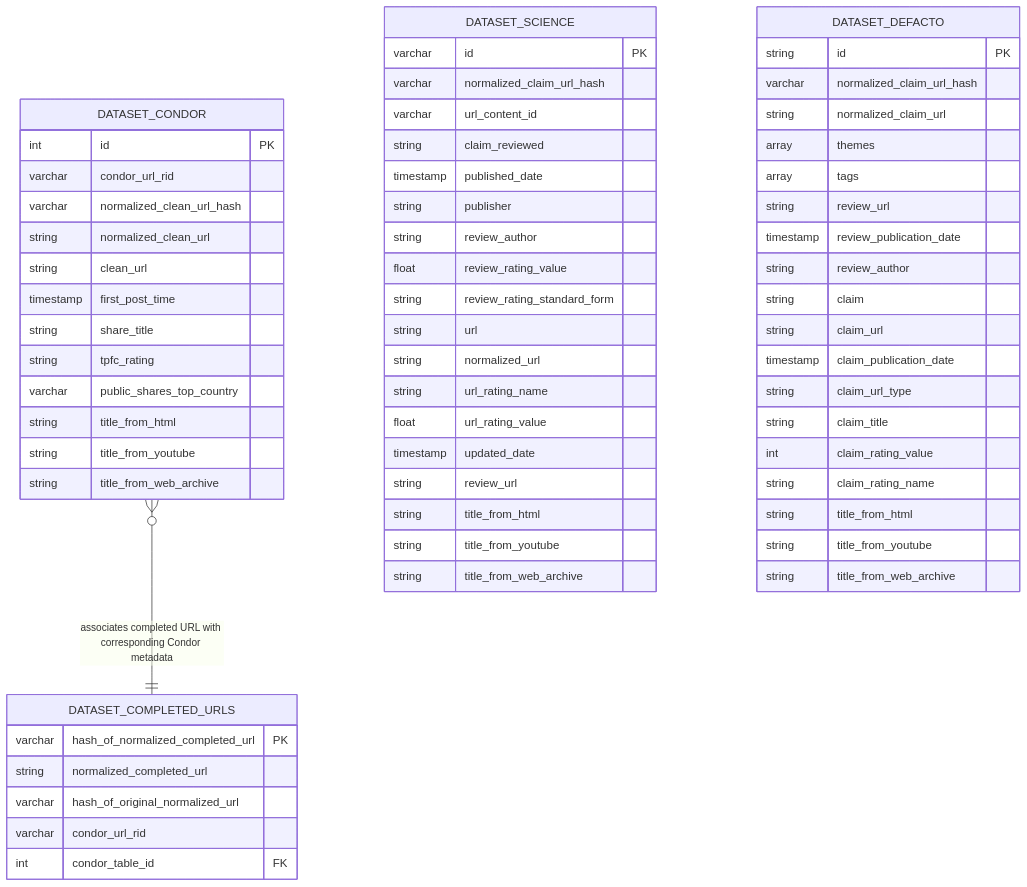
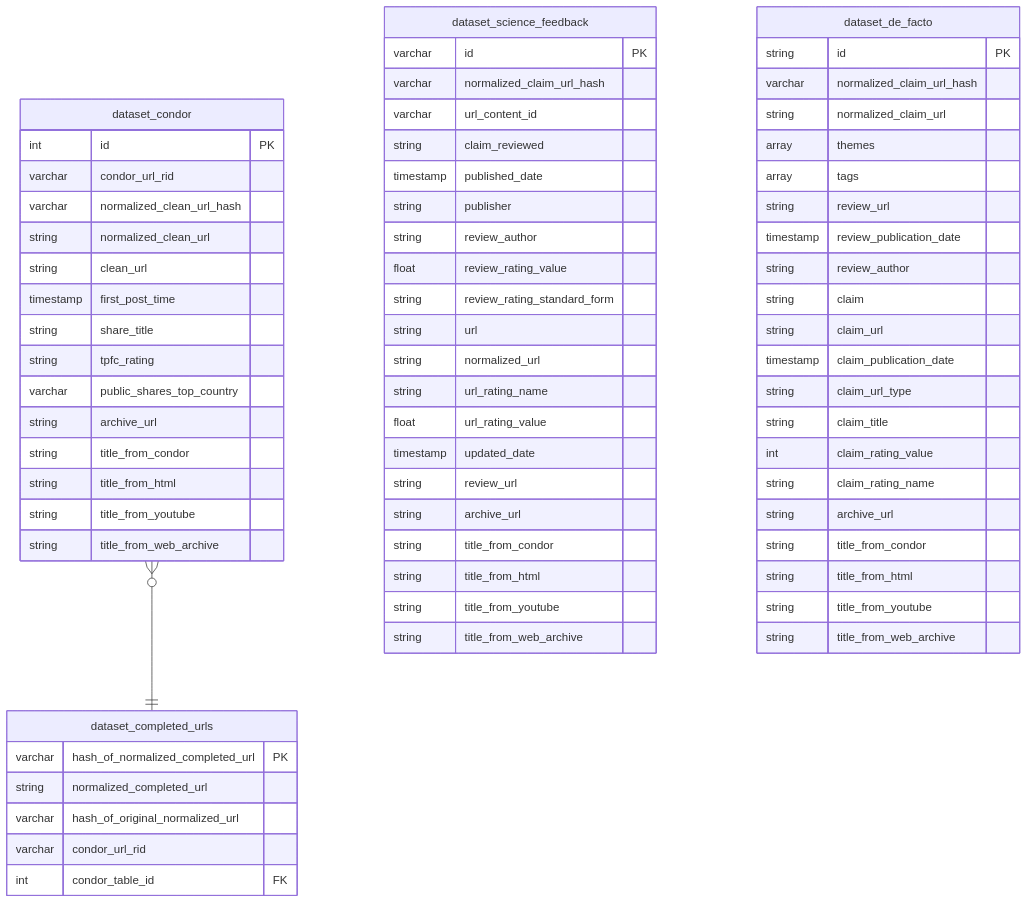
Before and after one commit to medialab/spsm-database: the diagram in src/build-database/README.md, drawn with Mermaid.

````diff
--- a/src/build-database/README.md
+++ b/src/build-database/README.md
@@ -77,72 +77,78 @@
 ```mermaid
 erDiagram
-   DATASET_CONDOR {
+   dataset_condor {
       int id PK
       varchar condor_url_rid
       varchar normalized_clean_url_hash
       string normalized_clean_url
       string clean_url
       timestamp first_post_time
       string share_title
       string tpfc_rating
       varchar public_shares_top_country
+      string archive_url
+      string title_from_condor
       string title_from_html
       string title_from_youtube
       string title_from_web_archive
 
    }
-   DATASET_SCIENCE {
+   dataset_science_feedback {
       varchar id PK
       varchar normalized_claim_url_hash
       varchar url_content_id
       string claim_reviewed
       timestamp published_date
       string publisher
       string review_author
       float review_rating_value
       string review_rating_standard_form
       string url
       string normalized_url
       string url_rating_name
       float url_rating_value
       timestamp updated_date
       string review_url
+      string archive_url
+      string title_from_condor
       string title_from_html
       string title_from_youtube
       string title_from_web_archive
    }
 
-   DATASET_DEFACTO {
+   dataset_de_facto {
       string id PK
       varchar normalized_claim_url_hash
       string normalized_claim_url
       array themes
       array tags
       string review_url
       timestamp review_publication_date
       string review_author
       string claim
       string claim_url
       timestamp claim_publication_date
       string claim_url_type
       string claim_title
       int claim_rating_value
       string claim_rating_name
+      string archive_url
+      string title_from_condor
       string title_from_html
       string title_from_youtube
       string title_from_web_archive
 
    }
 
 
-   DATASET_CONDOR }o--|| DATASET_COMPLETED_URLS : "associates completed URL with corresponding Condor metadata"
+   dataset_condor }o--|| dataset_completed_urls : ""
 
-   DATASET_COMPLETED_URLS {
+   dataset_completed_urls {
       varchar hash_of_normalized_completed_url PK
       string normalized_completed_url
       varchar hash_of_original_normalized_url
       varchar condor_url_rid
       int condor_table_id FK
    }
 
 ```
````
